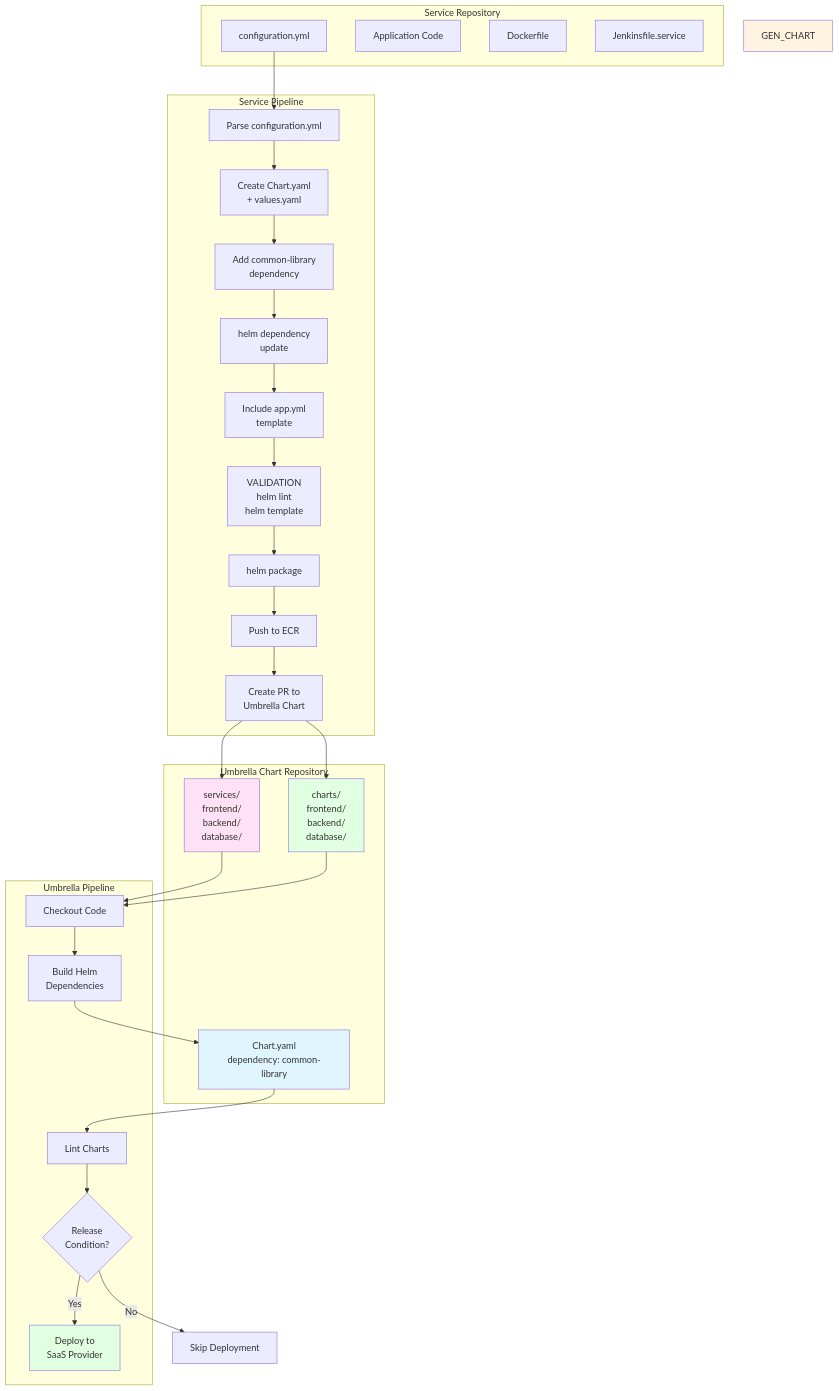
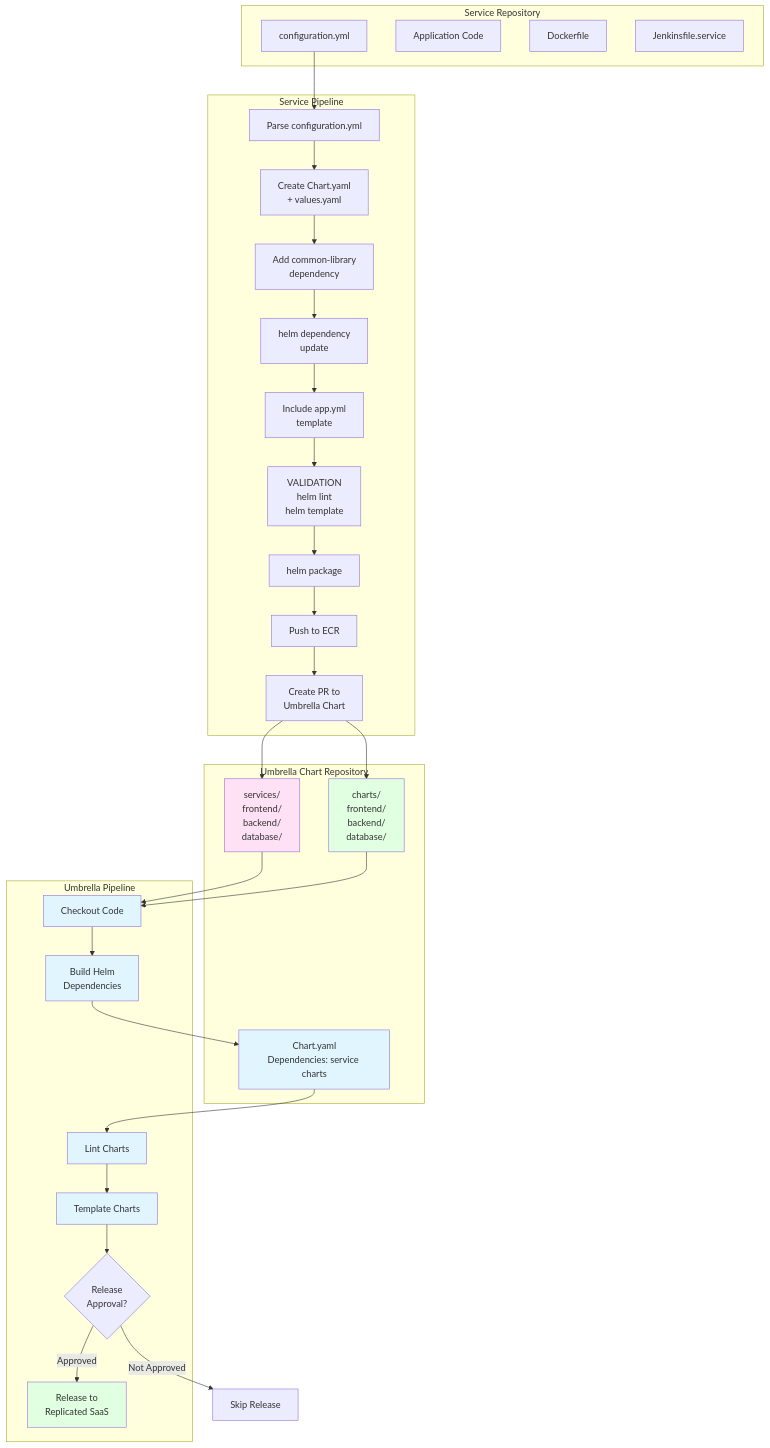
Before and after one commit to caretak3r/helm-factory: the ninth of 11 diagrams in ADR.md, drawn with Mermaid. The commit also changed other lines of this file, not shown here.

````diff
--- a/ADR.md
+++ b/ADR.md
@@ -906,62 +963,67 @@
 ```mermaid
 graph TB
     subgraph "Service Repository"
         CFG[configuration.yml]
         CODE[Application Code]
         DOCKERFILE[Dockerfile]
         JENKINSFILE[Jenkinsfile.service]
     end
     
     subgraph "Service Pipeline"
         PARSE[Parse configuration.yml]
         CREATE_CHART[Create Chart.yaml<br/>+ values.yaml]
         ADD_DEP[Add common-library<br/>dependency]
         DEP_UPDATE[helm dependency<br/>update]
         INCLUDE_TEMPLATE[Include app.yml<br/>template]
         VALIDATE[VALIDATION<br/>helm lint<br/>helm template]
         PACKAGE[helm package]
         PUSH_ECR[Push to ECR]
         CREATE_PR[Create PR to<br/>Umbrella Chart]
     end
     
     subgraph "Umbrella Chart Repository"
         SERVICES[services/<br/>frontend/<br/>backend/<br/>database/]
         CHARTS[charts/<br/>frontend/<br/>backend/<br/>database/]
-        UMBRELLA_CHART[Chart.yaml<br/>dependency: common-library]
+        UMBRELLA_CHART[Chart.yaml<br/>Dependencies: service charts]
     end
     
     subgraph "Umbrella Pipeline"
         CHECKOUT[Checkout Code]
         BUILD_DEPS[Build Helm<br/>Dependencies]
         LINT[Lint Charts]
-        CONDITION{Release<br/>Condition?}
-        DEPLOY[Deploy to<br/>SaaS Provider]
+        TEMPLATE[Template Charts]
+        CONDITION{Release<br/>Approval?}
+        RELEASE[Release to<br/>Replicated SaaS]
     end
     
     CFG --> PARSE
     PARSE --> CREATE_CHART
     CREATE_CHART --> ADD_DEP
     ADD_DEP --> DEP_UPDATE
     DEP_UPDATE --> INCLUDE_TEMPLATE
     INCLUDE_TEMPLATE --> VALIDATE
     VALIDATE --> PACKAGE
     PACKAGE --> PUSH_ECR
     PUSH_ECR --> CREATE_PR
     CREATE_PR --> SERVICES
     CREATE_PR --> CHARTS
     
     SERVICES --> CHECKOUT
     CHARTS --> CHECKOUT
     CHECKOUT --> BUILD_DEPS
     BUILD_DEPS --> UMBRELLA_CHART
     UMBRELLA_CHART --> LINT
-    LINT --> CONDITION
-    CONDITION -->|Yes| DEPLOY
-    CONDITION -->|No| SKIP[Skip Deployment]
+    LINT --> TEMPLATE
+    TEMPLATE --> CONDITION
+    CONDITION -->|Approved| RELEASE
+    CONDITION -->|Not Approved| SKIP[Skip Release]
     
     style SERVICES fill:#ffe1f5
     style CHARTS fill:#e1ffe1
-    style GEN_CHART fill:#fff4e1
     style UMBRELLA_CHART fill:#e1f5ff
-    style DEPLOY fill:#e1ffe1
+    style CHECKOUT fill:#e1f5ff
+    style BUILD_DEPS fill:#e1f5ff
+    style LINT fill:#e1f5ff
+    style TEMPLATE fill:#e1f5ff
+    style RELEASE fill:#e1ffe1
 ```
````
